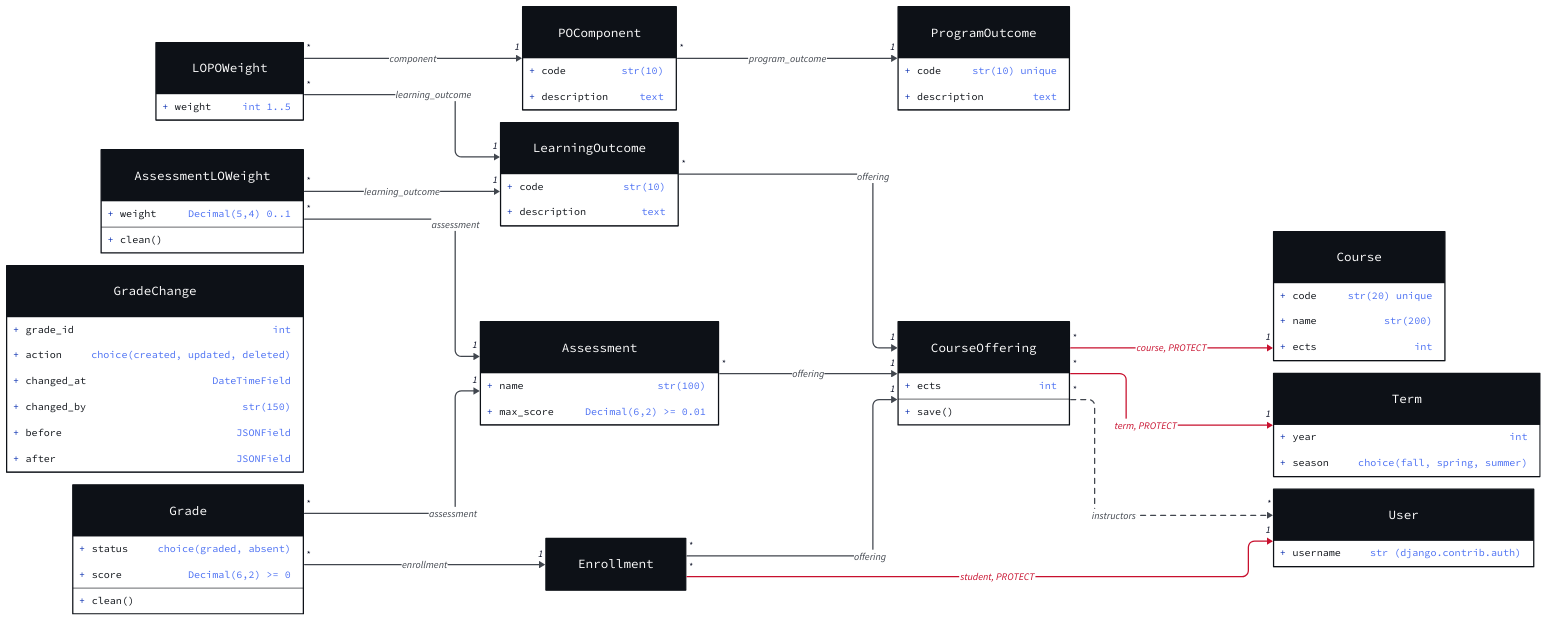
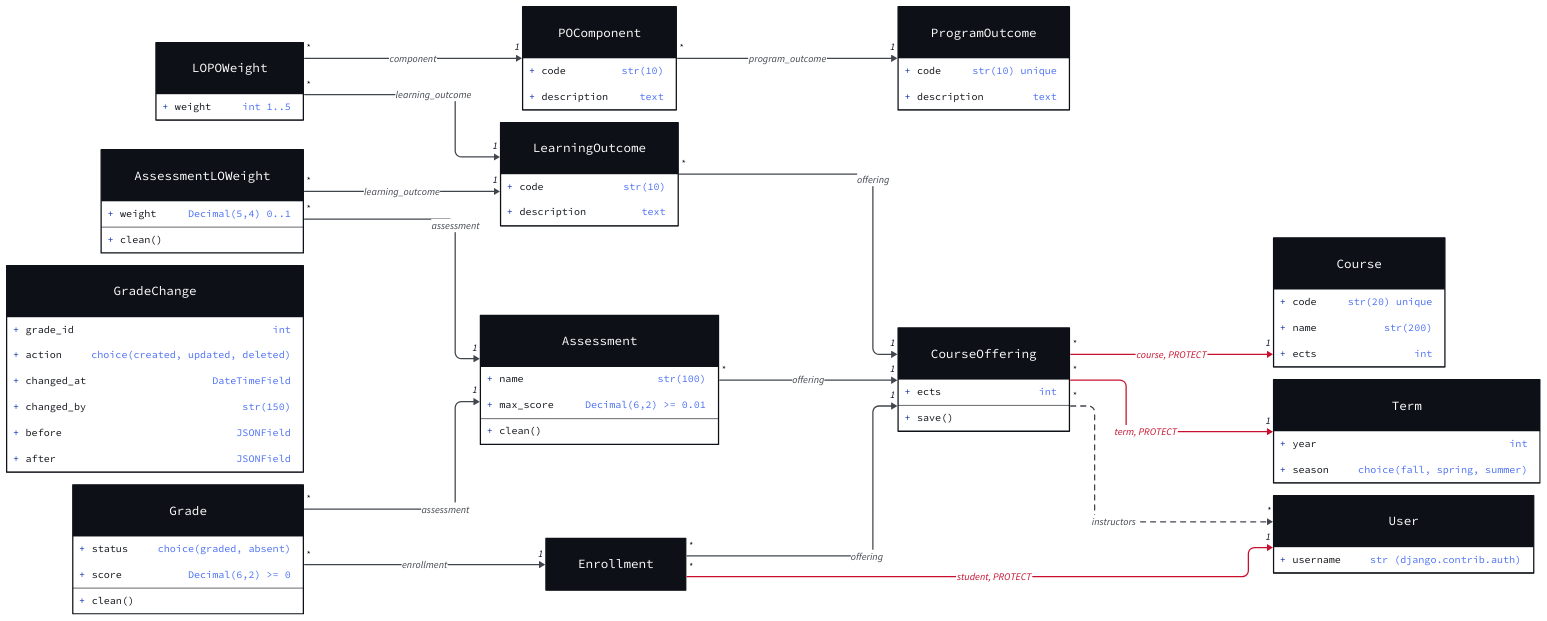
The diagram in docs/classes.d2 (rmz-oz/aculator), drawn with D2 before and after one commit. The commit also changed 28 other files, not shown here.

```diff
--- a/docs/classes.d2
+++ b/docs/classes.d2
@@ -89,6 +89,7 @@
   shape: class
   "name": "str(100)"
   "max_score": "Decimal(6,2) >= 0.01"
+  "clean()": ""
   style: {
     fill: "#0D1117"
     stroke: "#FFFFFF"
```
